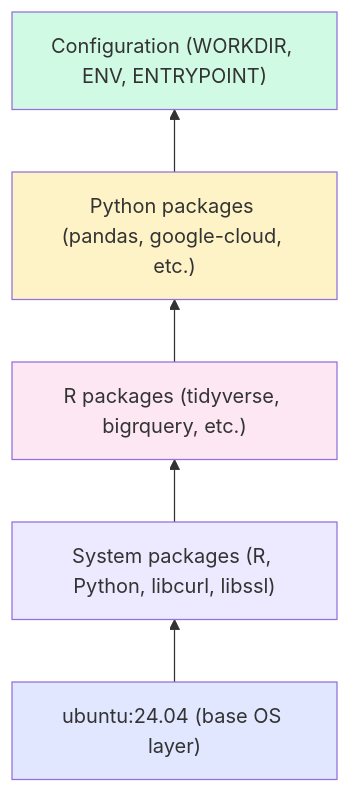
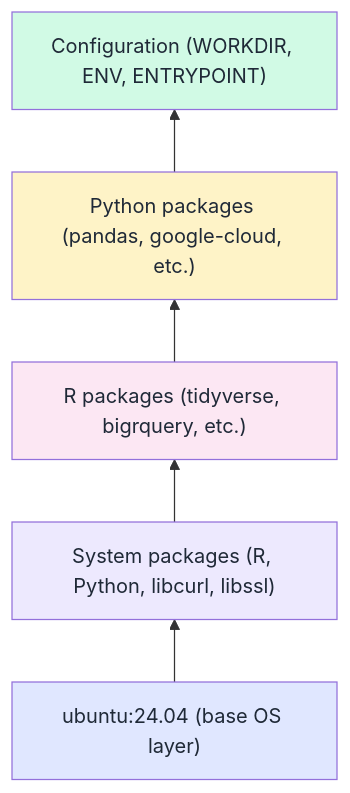
The third of 8 diagrams in docs/docker-containers.md (Ch3w3y/docker_gcp), drawn with Mermaid before and after one commit. The commit also changed other lines of this file and 7 other files, not shown here.

First line of the commit message:
fix(docs): fix Mermaid contrast for dark mode and replace \n with <br/>

````diff
--- a/docs/docker-containers.md
+++ b/docs/docker-containers.md
@@ -149,16 +149,16 @@
 ```mermaid
 flowchart BT
     L1["ubuntu:24.04 (base OS layer)"]
     L2["System packages (R, Python, libcurl, libssl)"]
     L3["R packages (tidyverse, bigrquery, etc.)"]
     L4["Python packages (pandas, google-cloud, etc.)"]
     L5["Configuration (WORKDIR, ENV, ENTRYPOINT)"]
 
     L1 --> L2 --> L3 --> L4 --> L5
 
-    style L1 fill:#e0e7ff
-    style L2 fill:#ede9fe
-    style L3 fill:#fce7f3
-    style L4 fill:#fef3c7
-    style L5 fill:#d1fae5
+    style L1 fill:#e0e7ff,color:#1f2937
+    style L2 fill:#ede9fe,color:#1f2937
+    style L3 fill:#fce7f3,color:#1f2937
+    style L4 fill:#fef3c7,color:#1f2937
+    style L5 fill:#d1fae5,color:#1f2937
 ```
````
